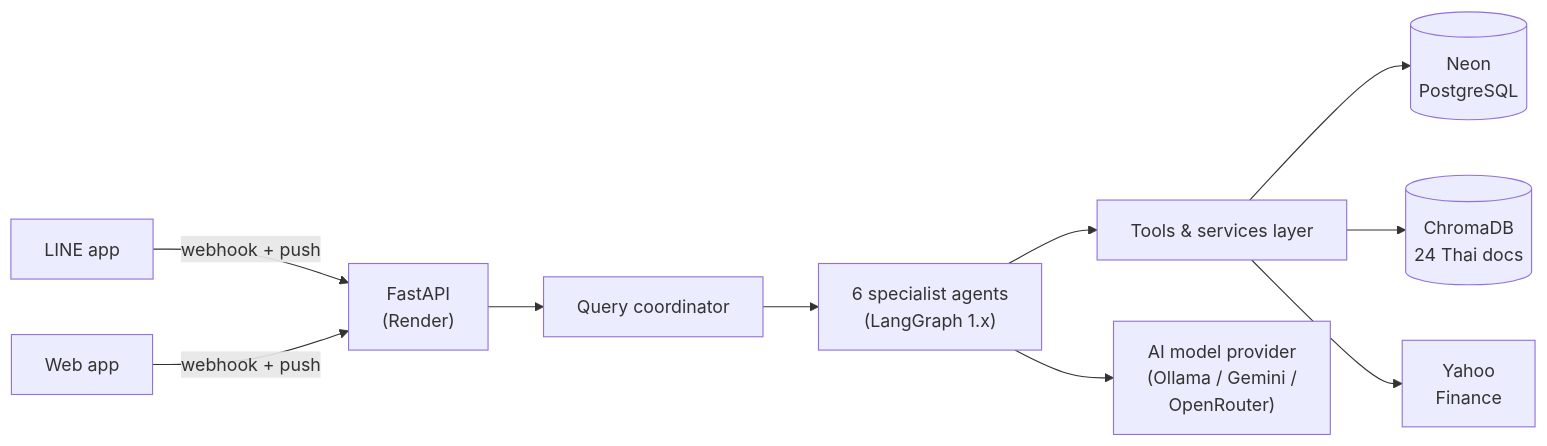
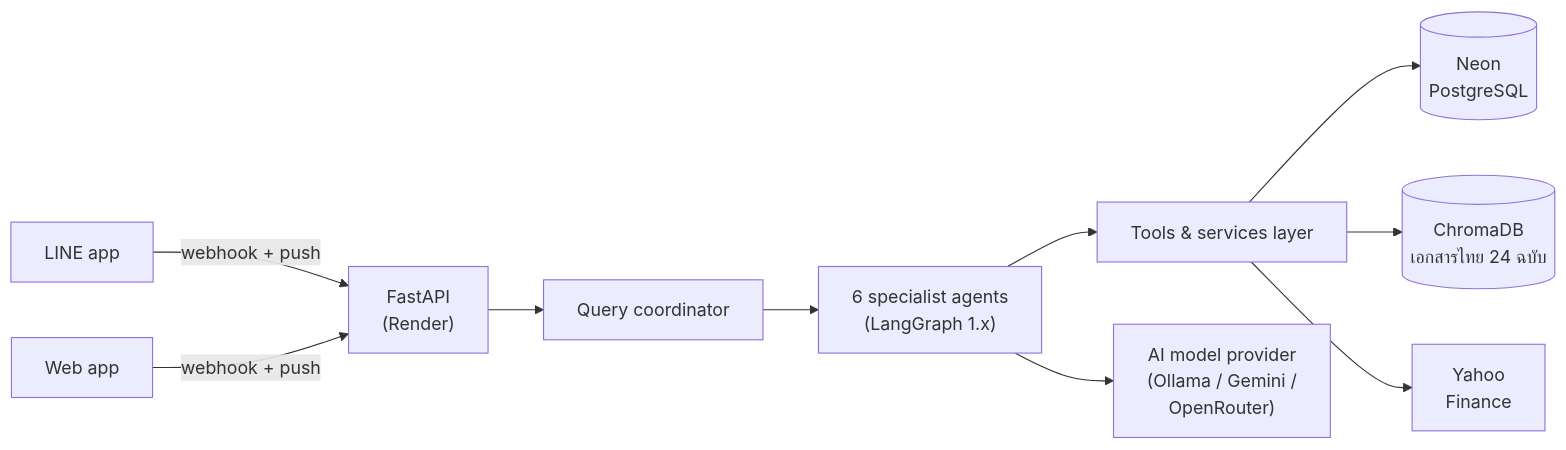
The diagram in README.md (pakkaphon-tangtonglang/agenticaiforpersonalfinance), drawn with Mermaid before and after one commit. The commit also changed other lines of this file, not shown here.

Commit message:
docs: translate README to Thai

````diff
--- a/README.md
+++ b/README.md
@@ -130,11 +129,11 @@
 ```mermaid
 flowchart LR
     LINE["LINE app"] & WEB["Web app"] -->|"webhook + push"| API["FastAPI<br/>(Render)"]
     API --> ORCH["Query coordinator"]
     ORCH --> AG["6 specialist agents<br/>(LangGraph 1.x)"]
     AG --> TL["Tools & services layer"]
     TL --> DB[("Neon<br/>PostgreSQL")]
-    TL --> CH[("ChromaDB<br/>24 Thai docs")]
+    TL --> CH[("ChromaDB<br/>เอกสารไทย 24 ฉบับ")]
     TL --> YF["Yahoo<br/>Finance"]
     AG --> LLM["AI model provider<br/>(Ollama / Gemini /<br/>OpenRouter)"]
 ```
````
